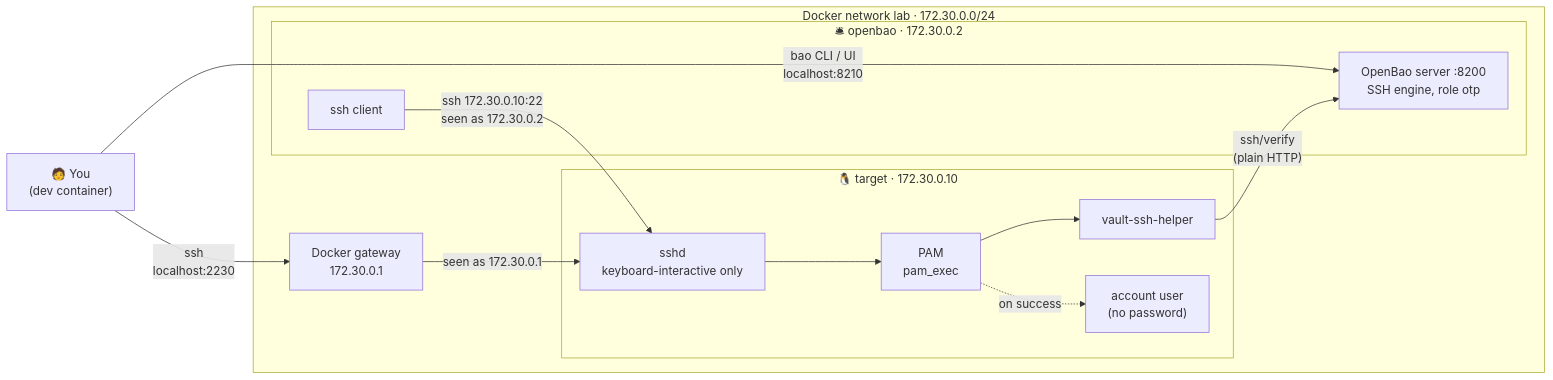
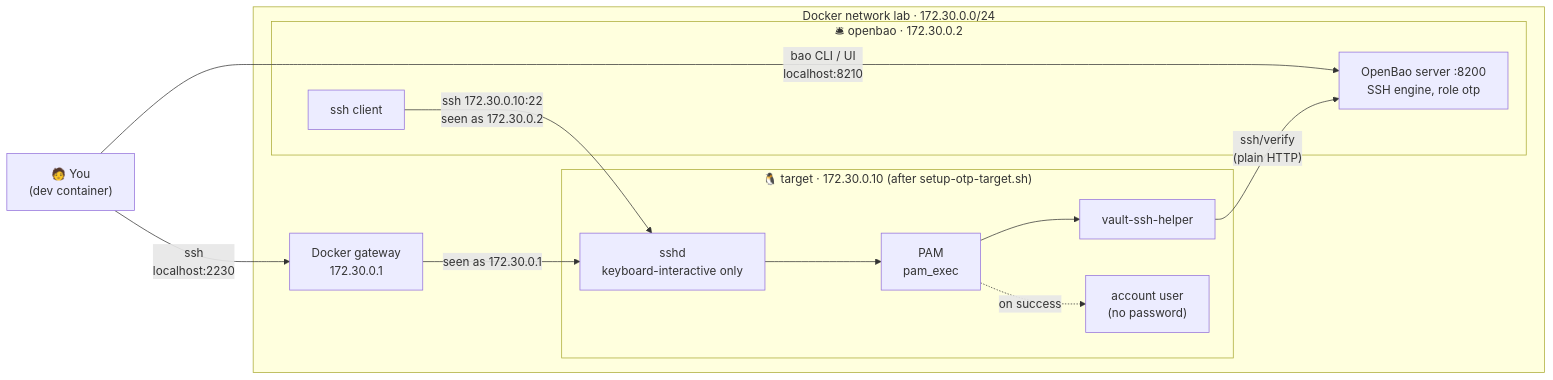
One commit to muthanii/otp-lab changed the diagram in README.md. Above: the diagram before and after it, drawn with Mermaid. The commit also changed other lines of this file and 11 other files, not shown here.

````diff
--- a/README.md
+++ b/README.md
@@ -7,26 +9,26 @@
 ```mermaid
 flowchart LR
     You["🧑 You<br/>(dev container)"]
 
     subgraph lab["Docker network lab · 172.30.0.0/24"]
         gw["Docker gateway<br/>172.30.0.1"]
         subgraph baobox["🛎 openbao · 172.30.0.2"]
             Bao["OpenBao server :8200<br/>SSH engine, role otp"]
             sshc["ssh client"]
         end
-        subgraph target["🐧 target · 172.30.0.10"]
+        subgraph target["🐧 target · 172.30.0.10 (after setup-otp-target.sh)"]
             sshd["sshd<br/>keyboard-interactive only"]
             pam["PAM<br/>pam_exec"]
             helper["vault-ssh-helper"]
             user["account user<br/>(no password)"]
         end
     end
 
     You -- "bao CLI / UI<br/>localhost:8210" --> Bao
     You -- "ssh<br/>localhost:2230" --> gw
     gw -- "seen as 172.30.0.1" --> sshd
     sshc -- "ssh 172.30.0.10:22<br/>seen as 172.30.0.2" --> sshd
     sshd --> pam --> helper
     helper -- "ssh/verify<br/>(plain HTTP)" --> Bao
     pam -. "on success" .-> user
 ```
````
